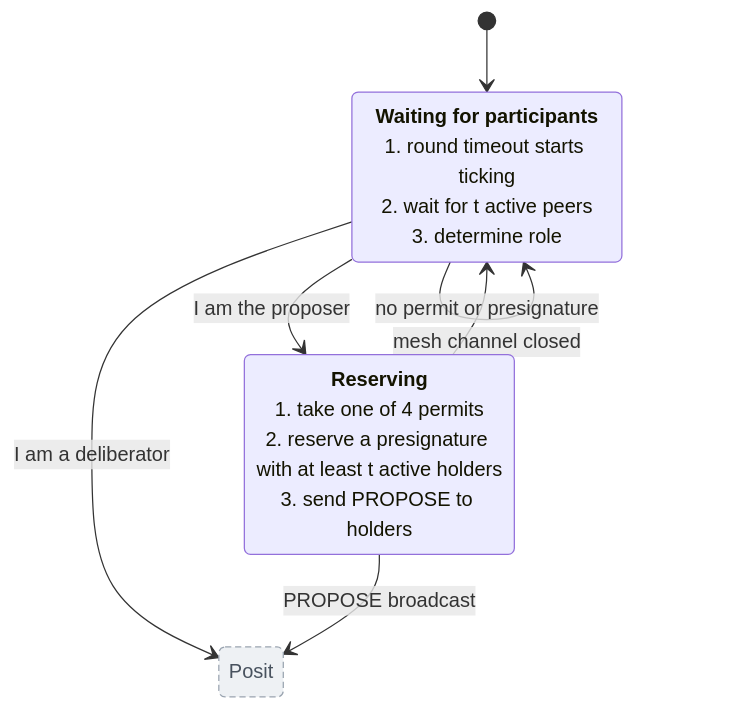
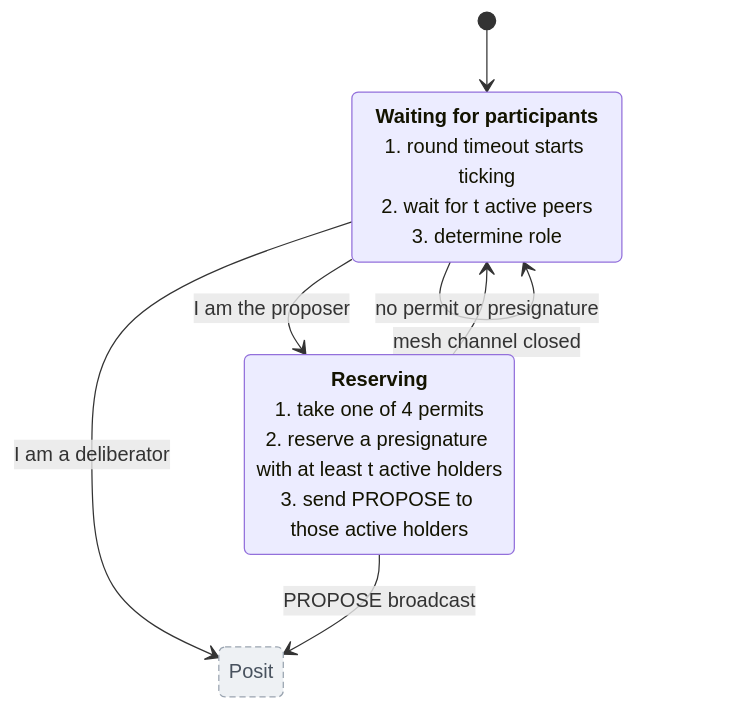
Before and after one commit to sig-net/mpc: the second of 6 diagrams in doc/posit_state_machine.md, drawn with Mermaid. The commit also changed other lines of this file, not shown here.

First line of the commit message:
docs: correct PROPOSE recipients and the is_proposer claim

````diff
--- a/doc/posit_state_machine.md
+++ b/doc/posit_state_machine.md
@@ -68,17 +68,17 @@
 ```mermaid
 stateDiagram-v2
     state "<b>Waiting for participants</b><br/>1. round timeout starts ticking<br/>2. wait for t active peers<br/>3. determine role" as WaitingForParticipants
-    state "<b>Reserving</b><br/>1. take one of 4 permits<br/>2. reserve a presignature with at least t active holders<br/>3. send PROPOSE to holders" as Reserving
+    state "<b>Reserving</b><br/>1. take one of 4 permits<br/>2. reserve a presignature with at least t active holders<br/>3. send PROPOSE to those active holders" as Reserving
     state "Posit" as PositOut
 
     [*] --> WaitingForParticipants
     WaitingForParticipants --> Reserving: I am the proposer
     WaitingForParticipants --> PositOut: I am a deliberator
     Reserving --> PositOut: PROPOSE broadcast
 
     WaitingForParticipants --> WaitingForParticipants: mesh channel closed
     Reserving --> WaitingForParticipants: no permit or presignature
 
     classDef outside fill:#eef1f4,stroke:#9aa4b0,color:#48525e,stroke-dasharray:5 3
     class PositOut outside
 ```
````
